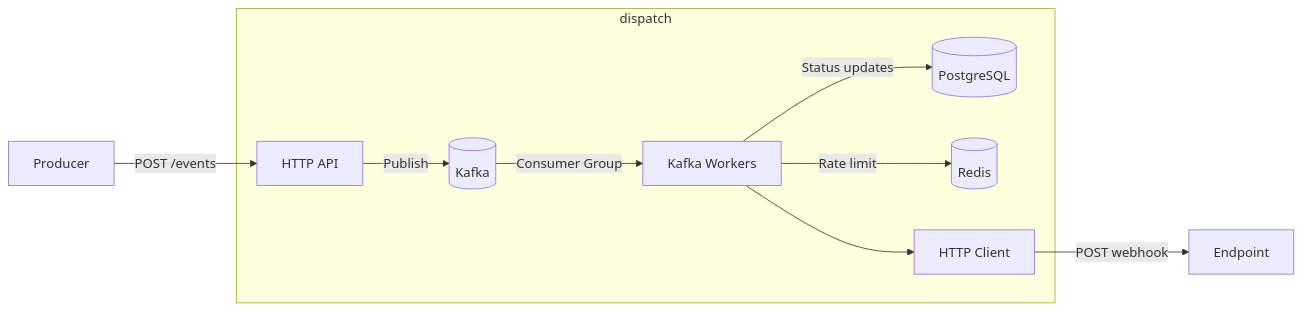
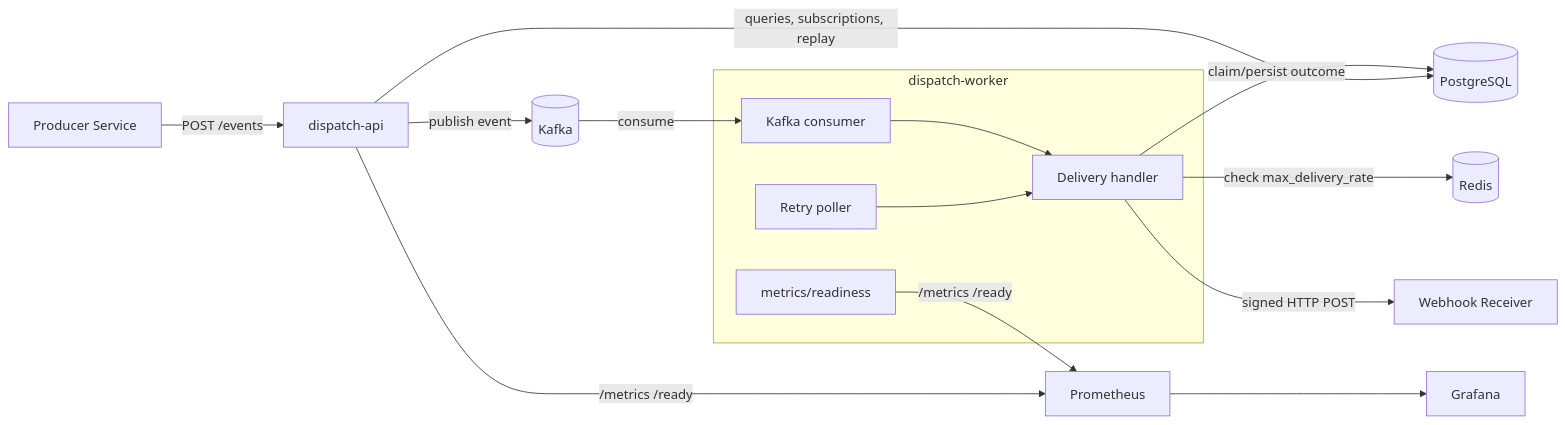
The first of 2 diagrams in README.md (felipepmaragno/webhook-service), drawn with Mermaid before and after one commit. The commit also changed other lines of this file and 3 other files, not shown here.

````diff
--- a/README.md
+++ b/README.md
@@ -226,19 +250,24 @@
 ```mermaid
 flowchart LR
-    subgraph dispatch
-        API[HTTP API]
-        Kafka[(Kafka)]
-        Workers[Kafka Workers]
-        DB[(PostgreSQL)]
-        Redis[(Redis)]
-        Client[HTTP Client]
+    Producer[Producer Service] -->|POST /events| API[dispatch-api]
+    API -->|publish event| Kafka[(Kafka)]
+
+    subgraph WorkerRuntime[dispatch-worker]
+        Consumer[Kafka consumer]
+        Retry[Retry poller]
+        Delivery[Delivery handler]
+        WorkerObs[metrics/readiness]
     end
 
-    Producer -->|POST /events| API
-    API -->|Publish| Kafka
-    Kafka -->|Consumer Group| Workers
-    Workers -->|Rate limit| Redis
-    Workers --> Client
-    Client -->|POST webhook| Endpoint
-    Workers -->|Status updates| DB
+    Kafka -->|consume| Consumer
+    Consumer --> Delivery
+    Retry --> Delivery
+    Delivery -->|claim/persist outcome| DB[(PostgreSQL)]
+    Delivery -->|check max_delivery_rate| Redis[(Redis)]
+    Delivery -->|signed HTTP POST| Receiver[Webhook Receiver]
+    API -->|queries, subscriptions, replay| DB
+
+    API -->|/metrics /ready| Prom[Prometheus]
+    WorkerObs -->|/metrics /ready| Prom
+    Prom --> Grafana[Grafana]
 ```
````
